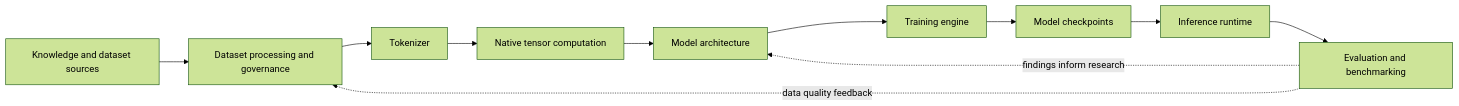
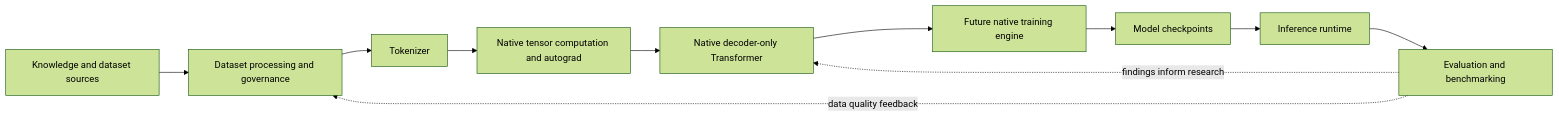
The diagram in README.md (samuelindra123/xynoos-cyber-model), drawn with Mermaid (forest theme) before and after one commit. The commit also changed other lines of this file and 9 other files, not shown here.

````diff
--- a/README.md
+++ b/README.md
@@ -38,13 +38,13 @@
 ```mermaid
 flowchart LR
     A[Knowledge and dataset sources] --> B[Dataset processing and governance]
     B --> C[Tokenizer]
-    C --> D[Native tensor computation]
-    D --> E[Model architecture]
-    E --> F[Training engine]
+    C --> D[Native tensor computation and autograd]
+    D --> E[Native decoder-only Transformer]
+    E --> F[Future native training engine]
     F --> G[Model checkpoints]
     G --> H[Inference runtime]
     H --> I[Evaluation and benchmarking]
     I -. findings inform research .-> E
     I -. data quality feedback .-> B
 ```
````
